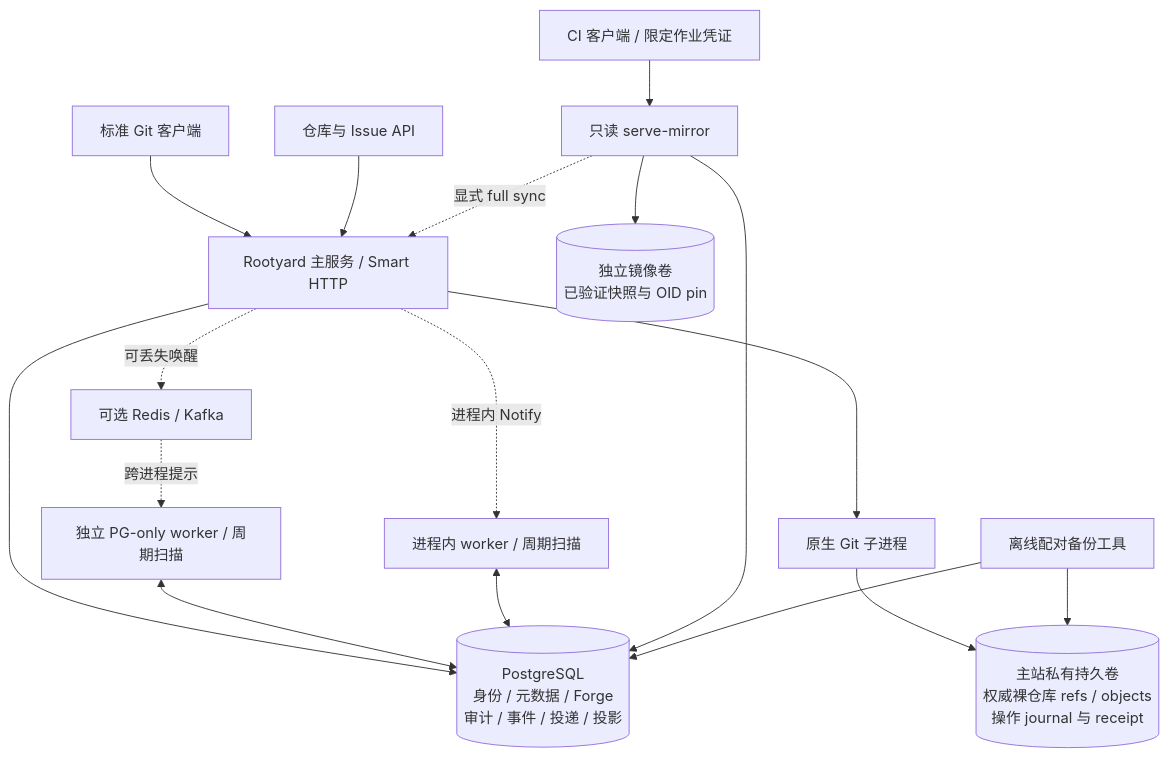
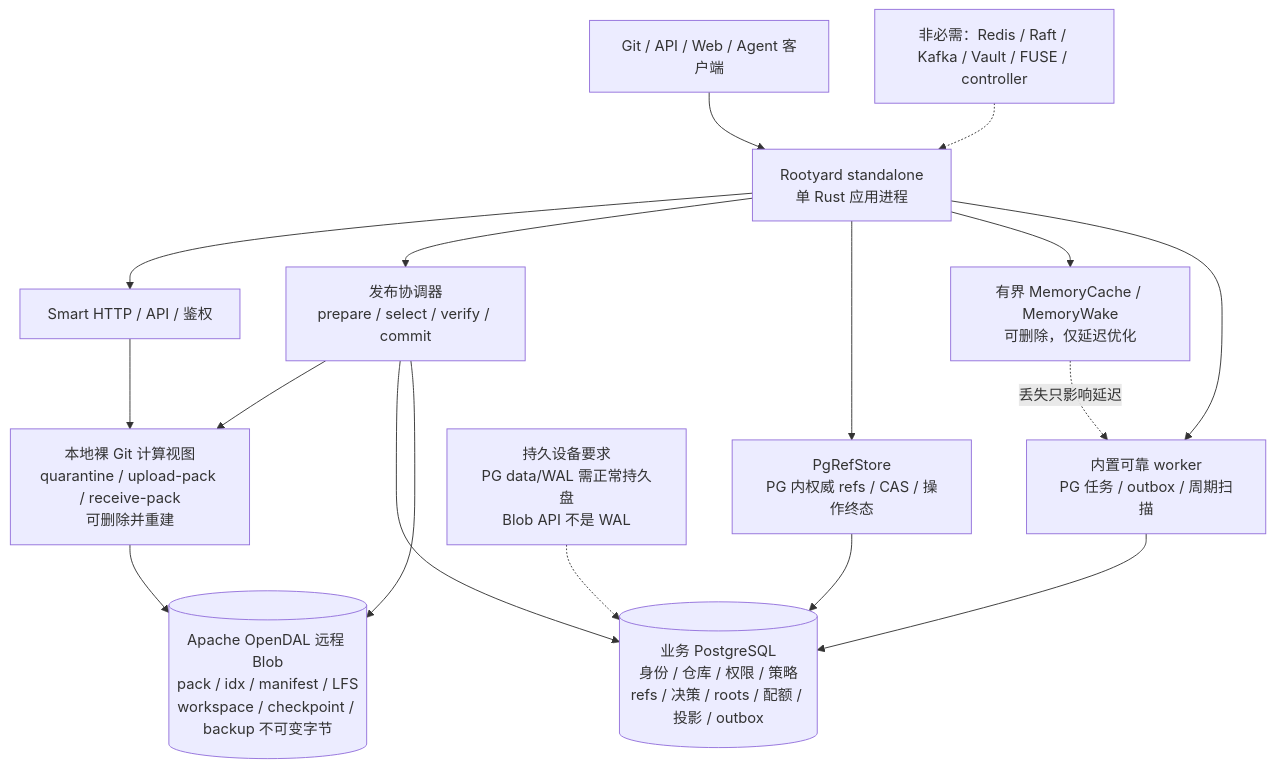
One commit to jihuayu/rootyard changed the first of 5 diagrams in docs/design/architecture-diagrams.md. Above: the diagram before and after it, drawn with Mermaid. The commit also changed other lines of this file and 40 other files, not shown here.

Commit message:
Replace legacy architecture roadmap with fresh Blob-only deployment plan

````diff
--- a/docs/design/architecture-diagrams.md
+++ b/docs/design/architecture-diagrams.md
@@ -13,19 +9,19 @@
 ```mermaid
 flowchart TB
-  Client["标准 Git 客户端"] --> Primary["Rootyard 主服务 / Smart HTTP"]
-  API["仓库与 Issue API"] --> Primary
-  Primary --> Git["原生 Git 子进程"]
-  Git --> Volume[("主站私有持久卷<br/>权威裸仓库 refs / objects<br/>操作 journal 与 receipt")]
-  Primary --> PG[("PostgreSQL<br/>身份 / 元数据 / Forge<br/>审计 / 事件 / 投递 / 投影")]
-  Worker["独立 PG-only worker / 周期扫描"] <--> PG
-  Embedded["进程内 worker / 周期扫描"] <--> PG
-  Primary -. "进程内 Notify" .-> Embedded
-  Primary -. "可丢失唤醒" .-> Hints["可选 Redis / Kafka"]
-  Hints -. "跨进程提示" .-> Worker
-  Trusted["CI 客户端 / 限定作业凭证"] --> Mirror["只读 serve-mirror"]
-  Mirror --> PG
-  Mirror --> MV[("独立镜像卷<br/>已验证快照与 OID pin")]
-  Mirror -. "显式 full sync" .-> Primary
-  Backup["离线配对备份工具"] --> PG
-  Backup --> Volume
+  C["Git / API / Web / Agent 客户端"] --> A["Rootyard standalone<br/>单 Rust 应用进程"]
+  A --> H["Smart HTTP / API / 鉴权"]
+  A --> P["发布协调器<br/>prepare / select / verify / commit"]
+  A --> R["PgRefStore<br/>PG 内权威 refs / CAS / 操作终态"]
+  A --> M["有界 MemoryCache / MemoryWake<br/>可删除，仅延迟优化"]
+  A --> W["内置可靠 worker<br/>PG 任务 / outbox / 周期扫描"]
+  H --> L["本地裸 Git 计算视图<br/>quarantine / upload-pack / receive-pack<br/>可删除并重建"]
+  P --> L
+  R --> PG[("业务 PostgreSQL<br/>身份 / 仓库 / 权限 / 策略<br/>refs / 决策 / roots / 配额 / 投影 / outbox")]
+  P --> PG
+  W --> PG
+  P --> B[("Apache OpenDAL 远程 Blob<br/>pack / idx / manifest / LFS<br/>workspace / checkpoint / backup 不可变字节")]
+  L --> B
+  M -. "丢失只影响延迟" .-> W
+  D["持久设备要求<br/>PG data/WAL 需正常持久盘<br/>Blob API 不是 WAL"] -.-> PG
+  X["非必需：Redis / Raft / Kafka / Vault / FUSE / controller"] -.-> A
 ```
````
